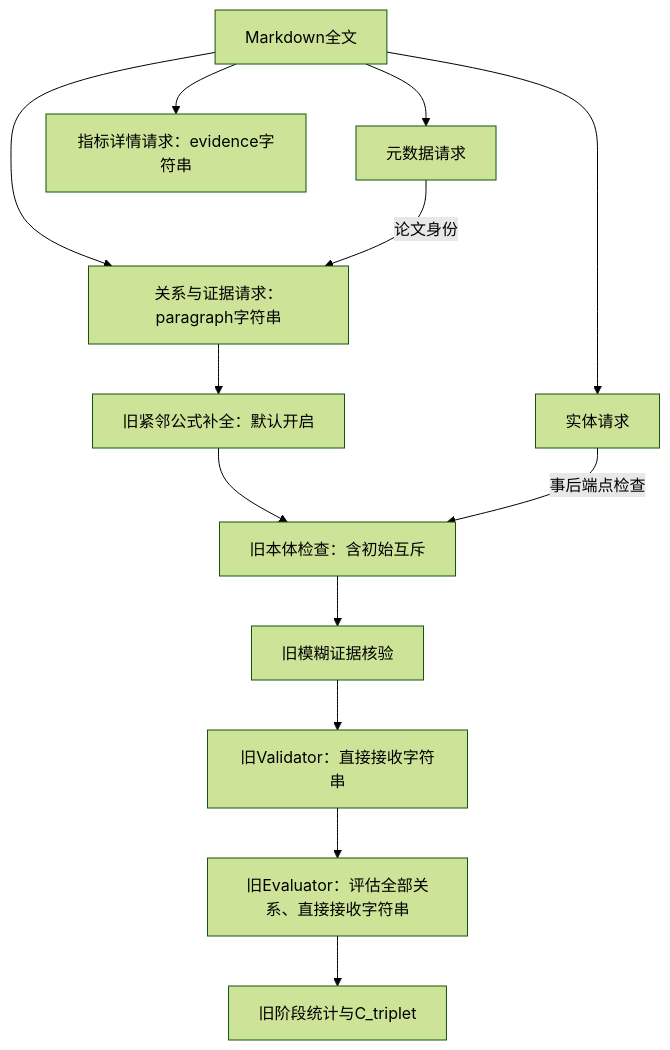
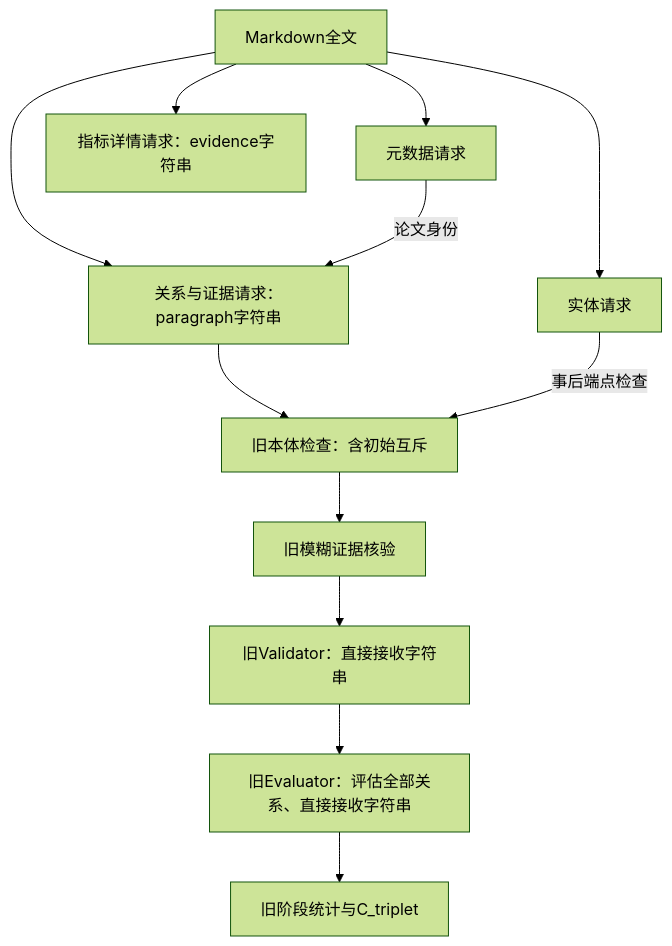
Before and after one commit to Zengzzhao/climatekg: the diagram in extraction/experiments/migrated_baseline/README.md, drawn with Mermaid (forest theme). The commit also changed other lines of this file and 18 other files, not shown here.

````diff
--- a/extraction/experiments/migrated_baseline/README.md
+++ b/extraction/experiments/migrated_baseline/README.md
@@ -24,15 +24,14 @@
 ```mermaid
 flowchart TD
     A[Markdown全文] --> M[元数据请求]
     A --> D[指标详情请求：evidence字符串]
     A --> E[实体请求]
     A --> R[关系与证据请求：paragraph字符串]
     M -- 论文身份 --> R
-    R --> F[旧紧邻公式补全：默认开启]
-    F --> O[旧本体检查：含初始互斥]
+    R --> O[旧本体检查：含初始互斥]
     E -- 事后端点检查 --> O
     O --> P[旧模糊证据核验]
     P --> V[旧Validator：直接接收字符串]
     V --> Q[旧Evaluator：评估全部关系、直接接收字符串]
     Q --> S[旧阶段统计与C_triplet]
 ```
````
